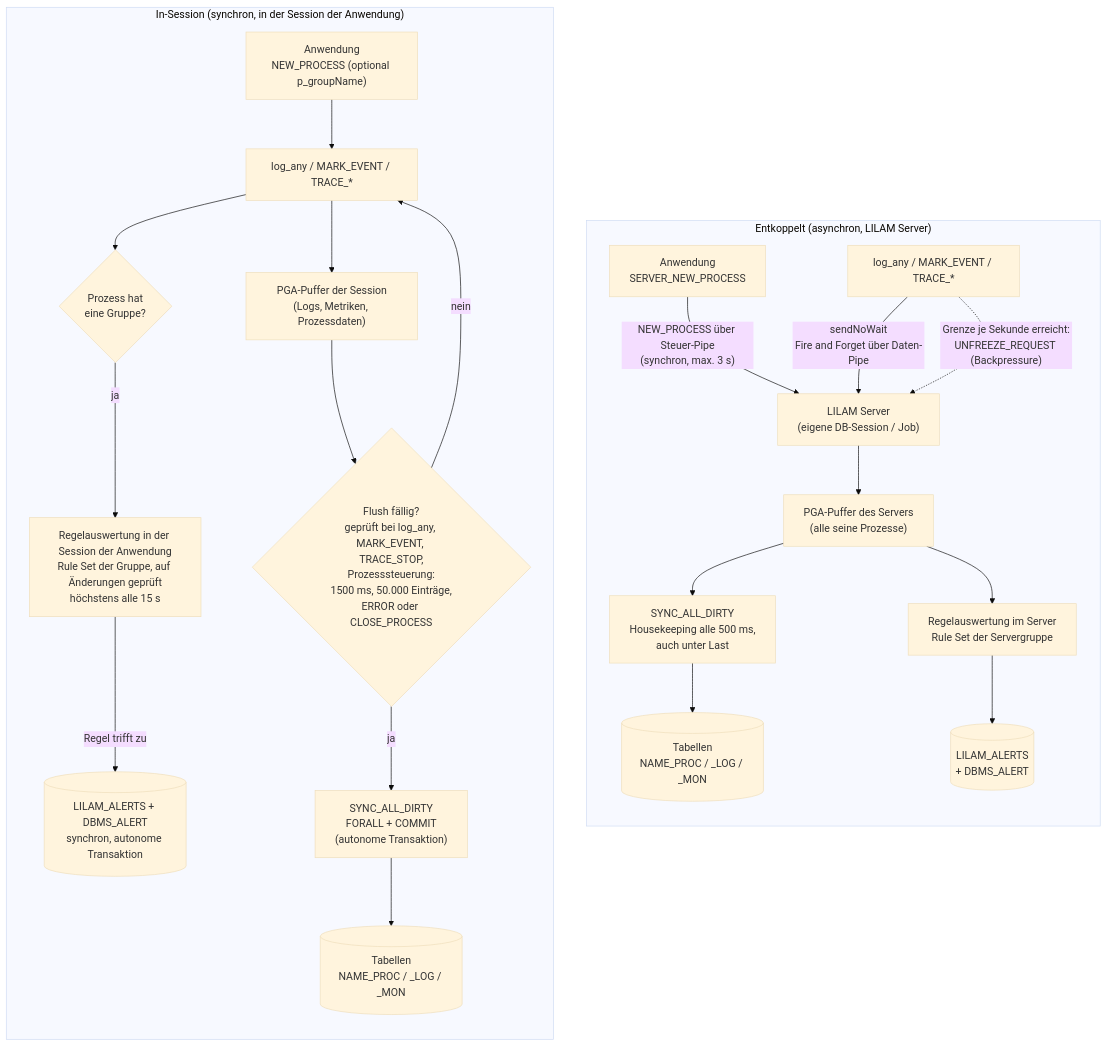
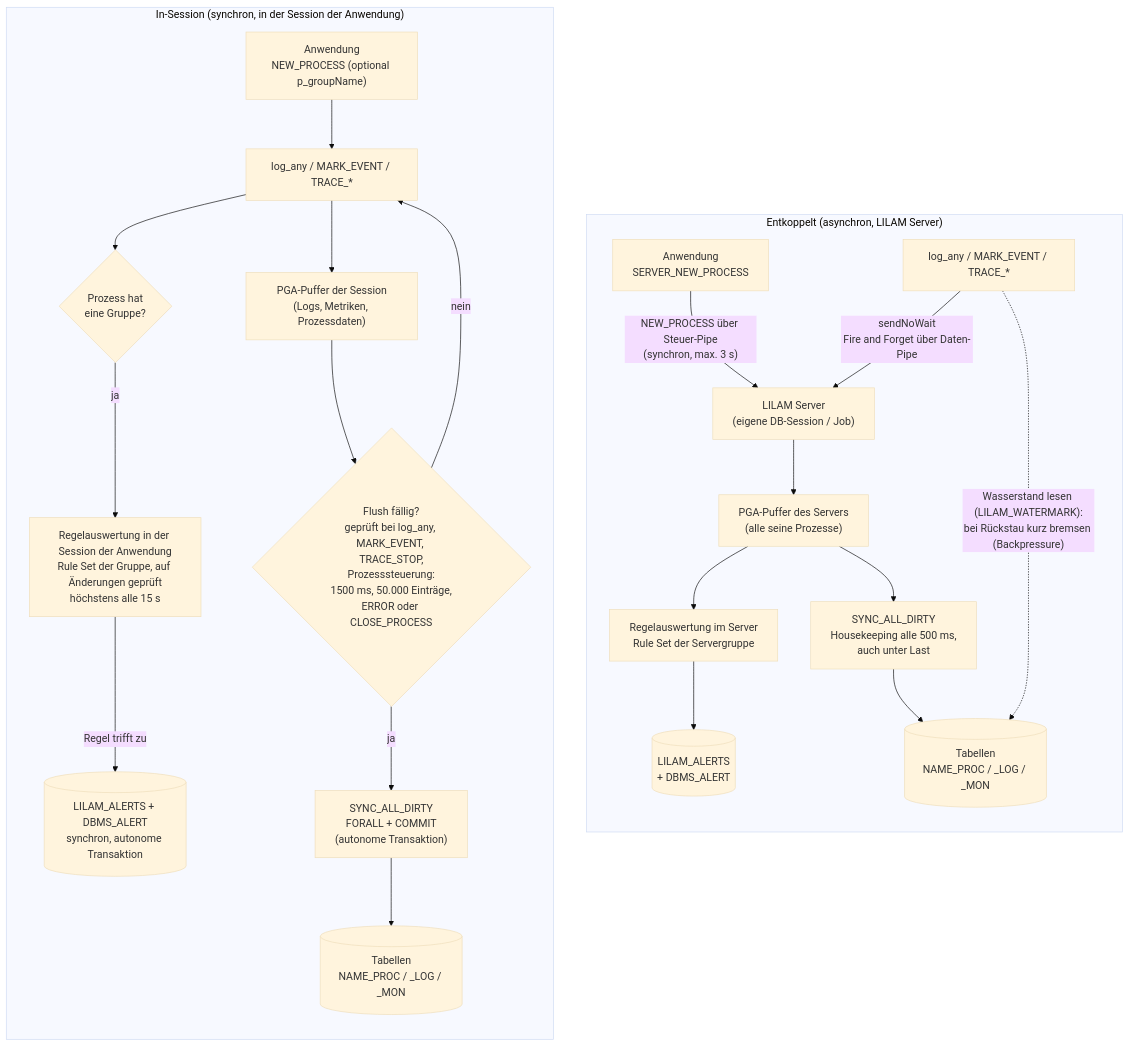
Before and after one commit to dirkgermany/LILAM: the first of 4 diagrams in docs/Architektur und Konzepte.md, drawn with Mermaid (base theme). The commit also changed 5 other files, not shown here.

````diff
--- a/docs/Architektur und Konzepte.md
+++ b/docs/Architektur und Konzepte.md
@@ -367,29 +367,29 @@
 ```mermaid
 flowchart LR
     subgraph INS ["In-Session (synchron, in der Session der Anwendung)"]
         direction TB
         A1["Anwendung<br/>NEW_PROCESS (optional p_groupName)"] --> B1["log_any / MARK_EVENT / TRACE_*"]
         B1 --> C1["PGA-Puffer der Session<br/>(Logs, Metriken, Prozessdaten)"]
         B1 --> G1{"Prozess hat<br/>eine Gruppe?"}
         G1 -- ja --> R1["Regelauswertung in der Session der Anwendung<br/>Rule Set der Gruppe, auf Änderungen geprüft<br/>höchstens alle 15 s"]
         R1 -- "Regel trifft zu" --> AL1[("LILAM_ALERTS + DBMS_ALERT<br/>synchron, autonome Transaktion")]
         C1 --> D1{"Flush fällig?<br/>geprüft bei log_any, MARK_EVENT, TRACE_STOP,<br/>Prozesssteuerung:<br/>1500 ms, 50.000 Einträge,<br/>ERROR oder CLOSE_PROCESS"}
         D1 -- ja --> E1["SYNC_ALL_DIRTY<br/>FORALL + COMMIT<br/>(autonome Transaktion)"]
         D1 -- nein --> B1
         E1 --> T1[("Tabellen<br/>NAME_PROC / _LOG / _MON")]
     end
 
     subgraph DEC ["Entkoppelt (asynchron, LILAM Server)"]
         direction TB
         A2["Anwendung<br/>SERVER_NEW_PROCESS"] -- "NEW_PROCESS über Steuer-Pipe<br/>(synchron, max. 3 s)" --> S2
         B2["log_any / MARK_EVENT / TRACE_*"] -- "sendNoWait<br/>Fire and Forget über Daten-Pipe" --> S2["LILAM Server<br/>(eigene DB-Session / Job)"]
-        B2 -. "Grenze je Sekunde erreicht:<br/>UNFREEZE_REQUEST (Backpressure)" .-> S2
+        B2 -. "Wasserstand lesen (LILAM_WATERMARK):<br/>bei Rückstau kurz bremsen (Backpressure)" .-> T2
         S2 --> C2["PGA-Puffer des Servers<br/>(alle seine Prozesse)"]
         C2 --> R2["Regelauswertung im Server<br/>Rule Set der Servergruppe"]
         C2 --> E2["SYNC_ALL_DIRTY<br/>Housekeeping alle 500 ms,<br/>auch unter Last"]
         E2 --> T2[("Tabellen<br/>NAME_PROC / _LOG / _MON")]
         R2 --> AL[("LILAM_ALERTS<br/>+ DBMS_ALERT")]
     end
 
     INS ~~~ DEC
 ```
````
